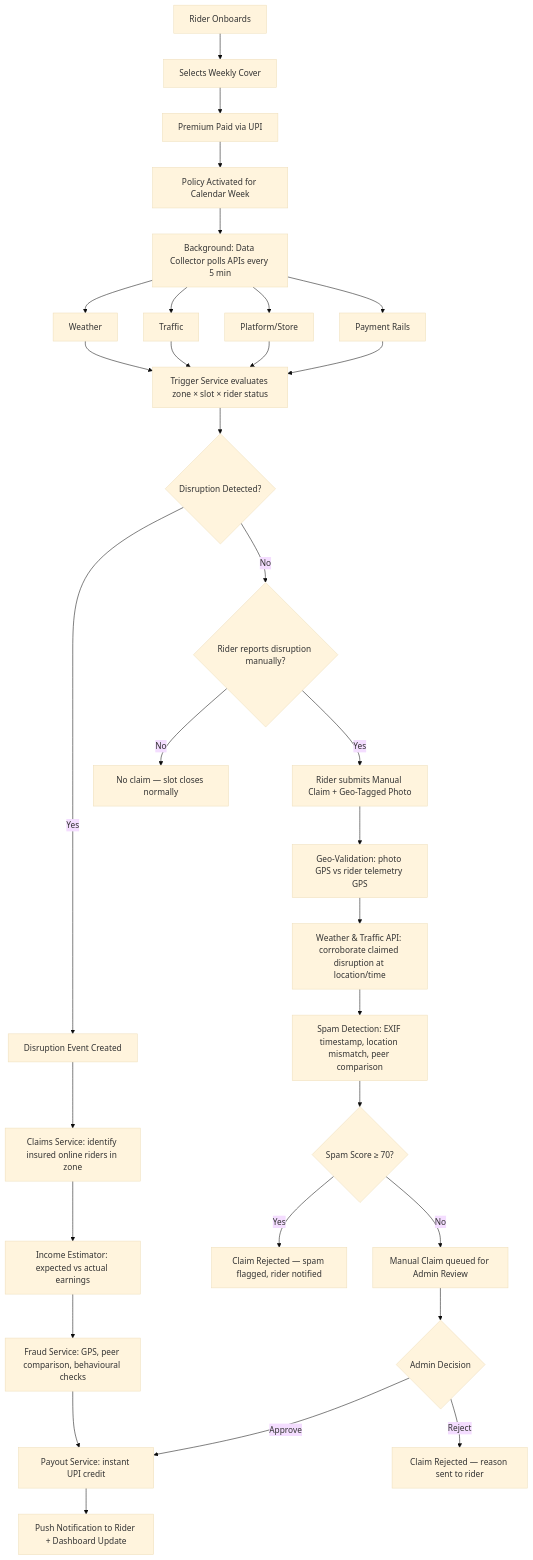
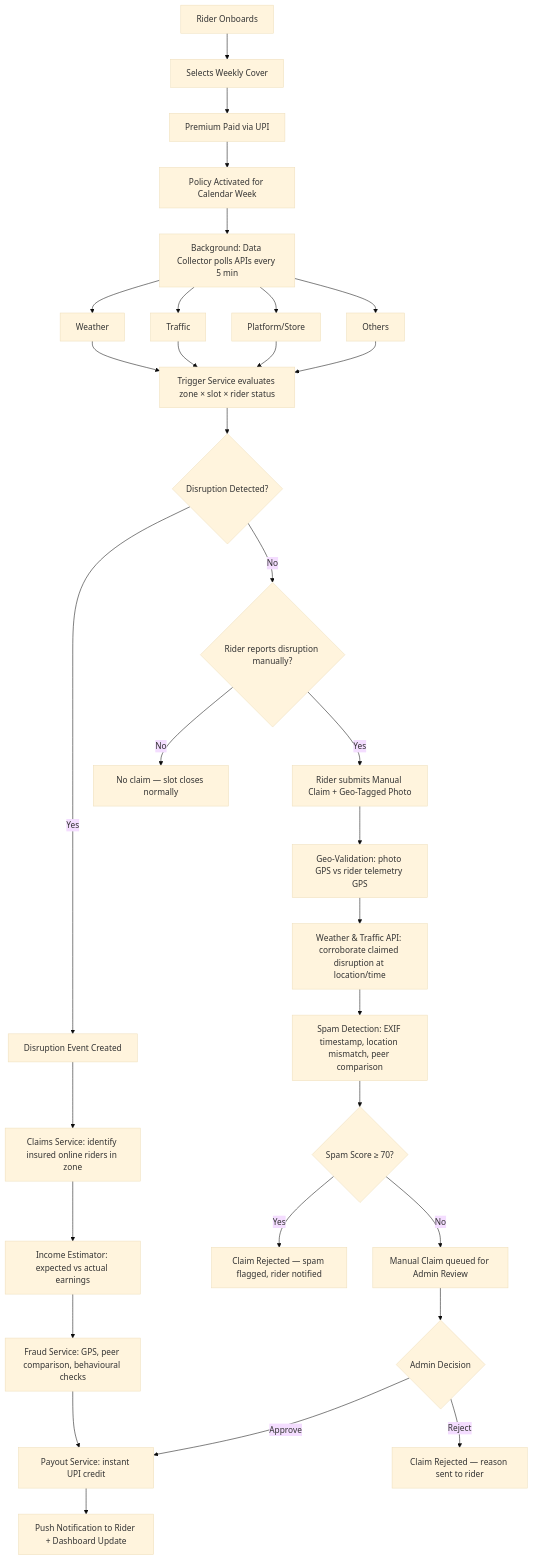
Before and after one commit to pankajydv07/GuideWire: the first of 4 diagrams in README.md, drawn with Mermaid (base theme). The commit also changed other lines of this file, not shown here.

````diff
--- a/README.md
+++ b/README.md
@@ -167,30 +167,30 @@
 ```mermaid
 flowchart TD
     A[Rider Onboards] --> B[Selects Weekly Cover] --> C[Premium Paid via UPI]
     C --> D[Policy Activated for Calendar Week]
     D --> E[Background: Data Collector polls APIs every 5 min]
     E --> F1[Weather]
     E --> F2[Traffic]
     E --> F3[Platform/Store]
-    E --> F4[Payment Rails]
+    E --> F4[Others]
     F1 & F2 & F3 & F4 --> G[Trigger Service evaluates zone × slot × rider status]
     G --> H{Disruption Detected?}
     H -- Yes --> I[Disruption Event Created]
     I --> J[Claims Service: identify insured online riders in zone]
     J --> K[Income Estimator: expected vs actual earnings]
     K --> L[Fraud Service: GPS, peer comparison, behavioural checks]
     L --> M[Payout Service: instant UPI credit]
     M --> N[Push Notification to Rider + Dashboard Update]
     H -- No --> O{Rider reports disruption manually?}
     O -- No --> P[No claim — slot closes normally]
     O -- Yes --> Q[Rider submits Manual Claim + Geo-Tagged Photo]
     Q --> R[Geo-Validation: photo GPS vs rider telemetry GPS]
     R --> S[Weather & Traffic API: corroborate claimed disruption at location/time]
     S --> T[Spam Detection: EXIF timestamp, location mismatch, peer comparison]
     T --> U{Spam Score ≥ 70?}
     U -- Yes --> V[Claim Rejected — spam flagged, rider notified]
     U -- No --> W[Manual Claim queued for Admin Review]
     W --> X{Admin Decision}
     X -- Approve --> M
     X -- Reject --> Y[Claim Rejected — reason sent to rider]
 ```
````
